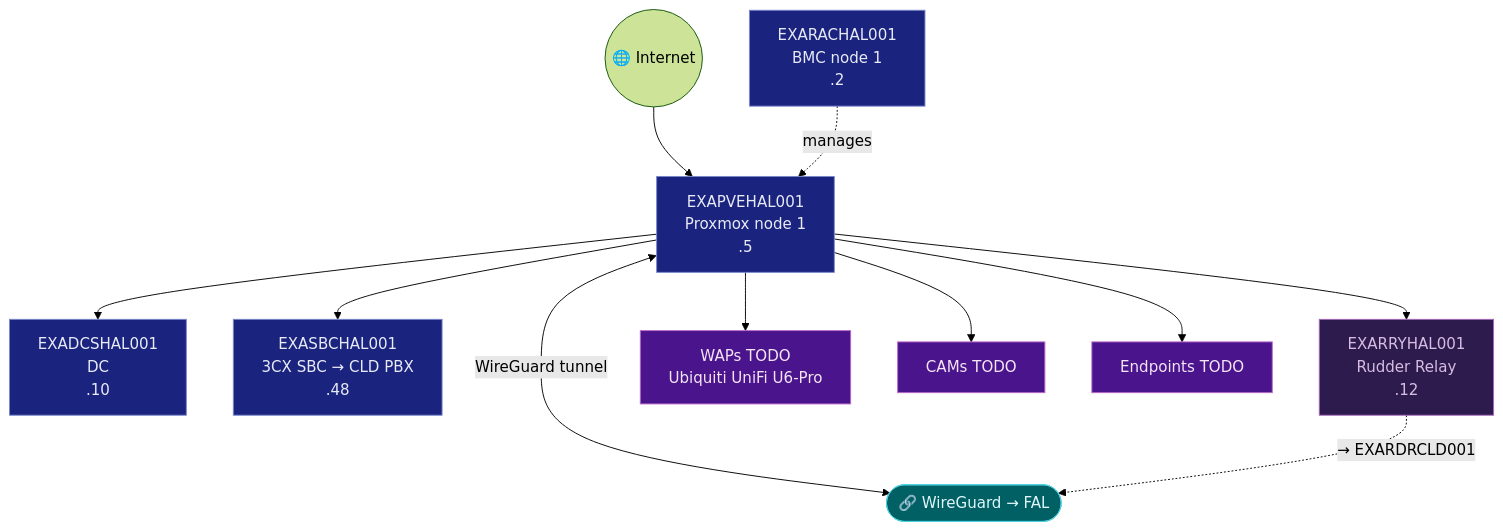
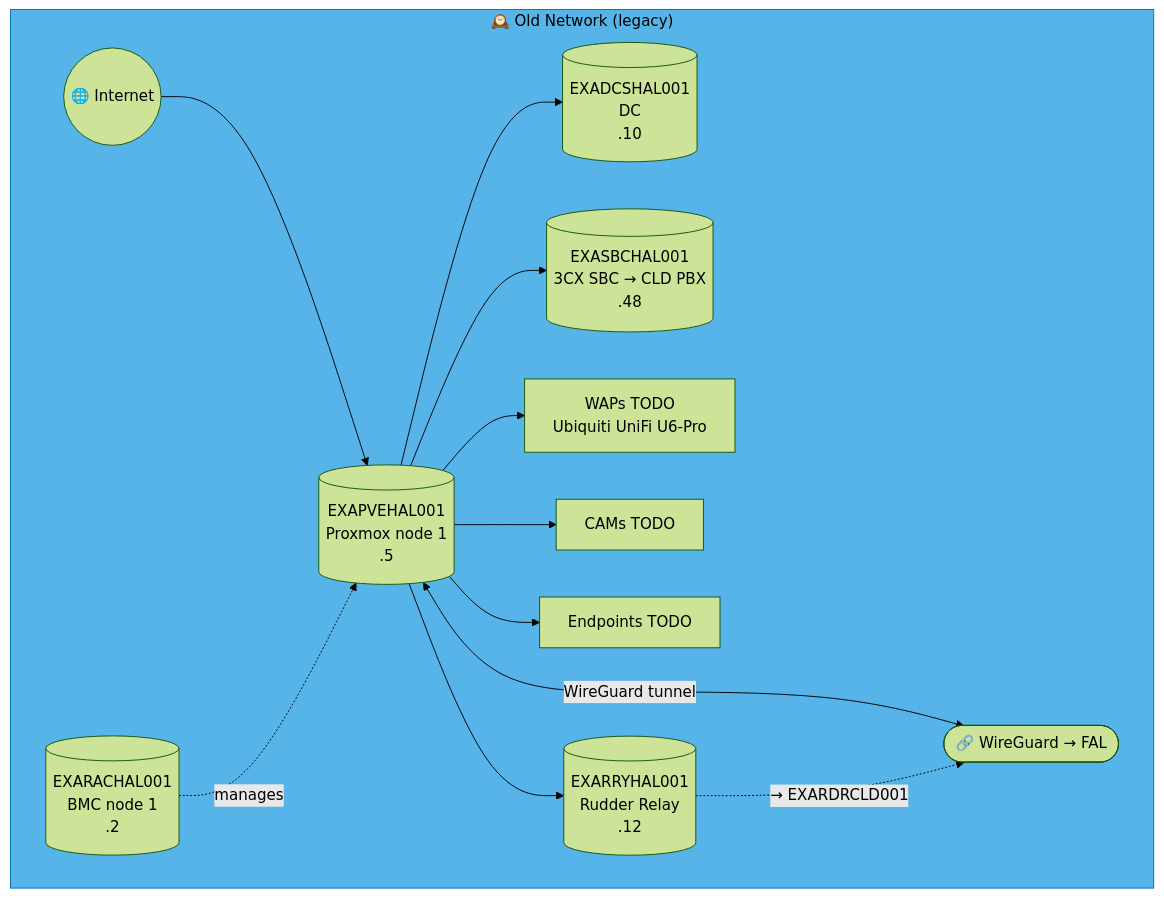
Before and after one commit to knightmare2600/example_music_infra: diagram 15 of 47 in docs/network-diagram.md, drawn with Mermaid (forest theme). The commit also changed other lines of this file and 2 other files, not shown here.

````diff
--- a/docs/network-diagram.md
+++ b/docs/network-diagram.md
@@ -814,29 +757,24 @@
 ```mermaid
 graph TD
-    INET(("🌐 Internet"))
-    RAC["EXARACHAL001<br/>BMC node 1<br/>.2"]
-    PVE["EXAPVEHAL001<br/>Proxmox node 1<br/>.5"]
-    DC["EXADCSHAL001<br/>DC<br/>.10"]
-    SBC["EXASBCHAL001<br/>3CX SBC → CLD PBX<br/>.48"]
-    RRY["EXARRYHAL001<br/>Rudder Relay<br/>.12"]
-    WAP["WAPs TODO<br/>Ubiquiti UniFi U6-Pro"]
-    CAM["CAMs TODO"]
-    EP["Endpoints TODO"]
-    VPN(["🔗 WireGuard → FAL"])
+    subgraph OLD_HAL ["🕰️ Old Network (legacy)"]
+      INET(("🌐 Internet"))
+      RAC[("EXARACHAL001<br/>BMC node 1<br/>.2")]
+      PVE[("EXAPVEHAL001<br/>Proxmox node 1<br/>.5")]
+      DC[("EXADCSHAL001<br/>DC<br/>.10")]
+      SBC[("EXASBCHAL001<br/>3CX SBC → CLD PBX<br/>.48")]
+      RRY[("EXARRYHAL001<br/>Rudder Relay<br/>.12")]
+      WAP["WAPs TODO<br/>Ubiquiti UniFi U6-Pro"]
+      CAM["CAMs TODO"]
+      EP["Endpoints TODO"]
+      VPN(["🔗 WireGuard → FAL"])
 
-    INET --> PVE --> DC & SBC
-    RAC -.->|"manages"| PVE
-    PVE --> WAP & CAM & EP
-    PVE <-->|"WireGuard tunnel"| VPN
+      INET --> PVE --> DC & SBC
+      RAC -.->|"manages"| PVE
+      PVE --> WAP & CAM & EP
+      PVE <-->|"WireGuard tunnel"| VPN
 
-    PVE --> RRY
-    RRY -. "→ EXARDRCLD001" .-> VPN
-    classDef srv fill:#1a237e,stroke:#7986cb,color:#e8eaf6
-    classDef ep fill:#4a148c,stroke:#ba68c8,color:#f3e5f5
-    classDef vpn fill:#006064,stroke:#4dd0e1,color:#e0f7fa
-    classDef rudder fill:#2d1b4e,stroke:#a569bd,color:#d7bde2
-    class PVE,DC,SBC,RAC srv
-    class RRY rudder
-    class WAP,CAM,EP ep
-    class VPN vpn
+      PVE --> RRY
+      RRY -. "→ EXARDRCLD001" .-> VPN
+    end
+    style OLD_HAL fill:#56B4E9,stroke:#0072B2,color:#000000
 ```
````
